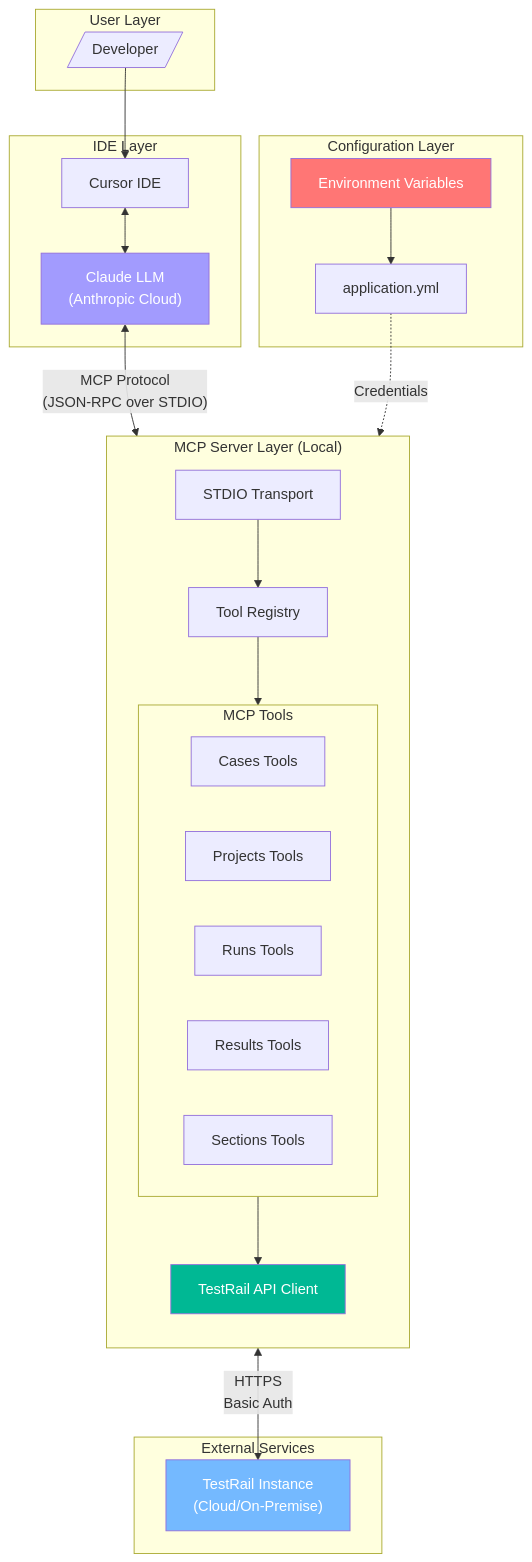
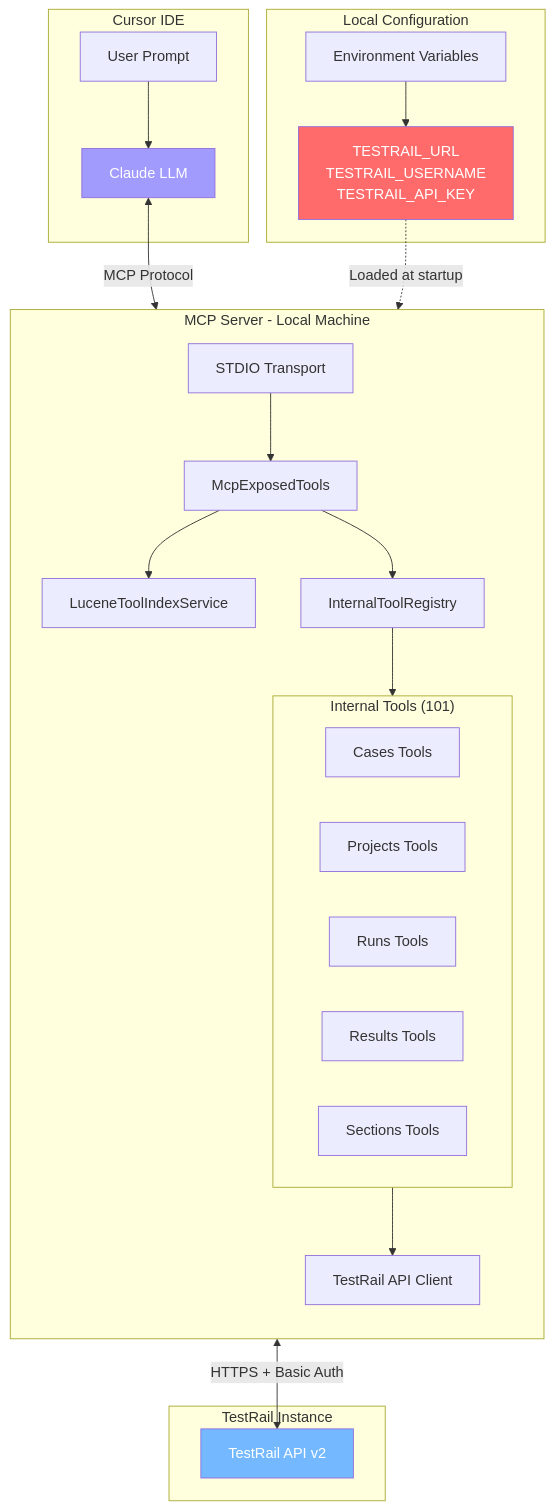
Before and after one commit to maheshyaddanapudi/testrail-mcp-server: the first of 12 diagrams in docs/ARCHITECTURE.md, drawn with Mermaid. The commit also changed other lines of this file and 11 other files, not shown here.

````diff
--- a/docs/ARCHITECTURE.md
+++ b/docs/ARCHITECTURE.md
@@ -20,53 +20,50 @@
 ```mermaid
 flowchart TB
-    subgraph UserLayer["User Layer"]
-        User[/"Developer"/]
+    subgraph IDE["Cursor IDE"]
+        UP[User Prompt]
+        LLM[Claude LLM]
+        UP --> LLM
     end
 
-    subgraph IDELayer["IDE Layer"]
-        Cursor["Cursor IDE"]
-        Claude["Claude LLM<br/>(Anthropic Cloud)"]
+    subgraph MCP["MCP Server - Local Machine"]
+        direction TB
+        STDIO[STDIO Transport]
+        McpExposed[McpExposedTools]
+        Lucene[LuceneToolIndexService]
+        Registry[InternalToolRegistry]
+
+        subgraph Tools["Internal Tools (101)"]
+            CT[Cases Tools]
+            PT[Projects Tools]
+            RT[Runs Tools]
+            RST[Results Tools]
+            ST[Sections Tools]
+        end
+
+        TC[TestRail API Client]
+
+        STDIO --> McpExposed
+        McpExposed --> Lucene
+        McpExposed --> Registry
+        Registry --> Tools
+        Tools --> TC
     end
 
-    subgraph MCPLayer["MCP Server Layer (Local)"]
-        direction TB
-        Transport["STDIO Transport"]
-        ToolRegistry["Tool Registry"]
-
-        subgraph ToolsGroup["MCP Tools"]
-            CT["Cases Tools"]
-            PT["Projects Tools"]
-            RT["Runs Tools"]
-            RST["Results Tools"]
-            ST["Sections Tools"]
-        end
-
-        ApiClient["TestRail API Client"]
+    subgraph Config["Local Configuration"]
+        ENV[Environment Variables]
+        CREDS["TESTRAIL_URL<br/>TESTRAIL_USERNAME<br/>TESTRAIL_API_KEY"]
+        ENV --> CREDS
     end
 
-    subgraph ConfigLayer["Configuration Layer"]
-        EnvVars["Environment Variables"]
-        AppConfig["application.yml"]
+    subgraph TR["TestRail Instance"]
+        API[TestRail API v2]
     end
 
-    subgraph ExternalLayer["External Services"]
-        TestRail["TestRail Instance<br/>(Cloud/On-Premise)"]
-    end
+    LLM <-->|MCP Protocol| STDIO
+    TC <-->|HTTPS + Basic Auth| API
+    CREDS -.->|Loaded at startup| TC
 
-    User --> Cursor
-    Cursor <--> Claude
-    Claude <-->|"MCP Protocol<br/>(JSON-RPC over STDIO)"| Transport
-    Transport --> ToolRegistry
-    ToolRegistry --> ToolsGroup
-    ToolsGroup --> ApiClient
-
-    EnvVars --> AppConfig
-    AppConfig -.->|"Credentials"| ApiClient
-
-    ApiClient <-->|"HTTPS<br/>Basic Auth"| TestRail
-
-    style Claude fill:#a29bfe,color:#fff
-    style TestRail fill:#74b9ff,color:#fff
-    style EnvVars fill:#ff7675,color:#fff
-    style ApiClient fill:#00b894,color:#fff
+    style CREDS fill:#ff6b6b,color:#fff
+    style LLM fill:#a29bfe,color:#fff
+    style API fill:#74b9ff,color:#fff
 ```
````
